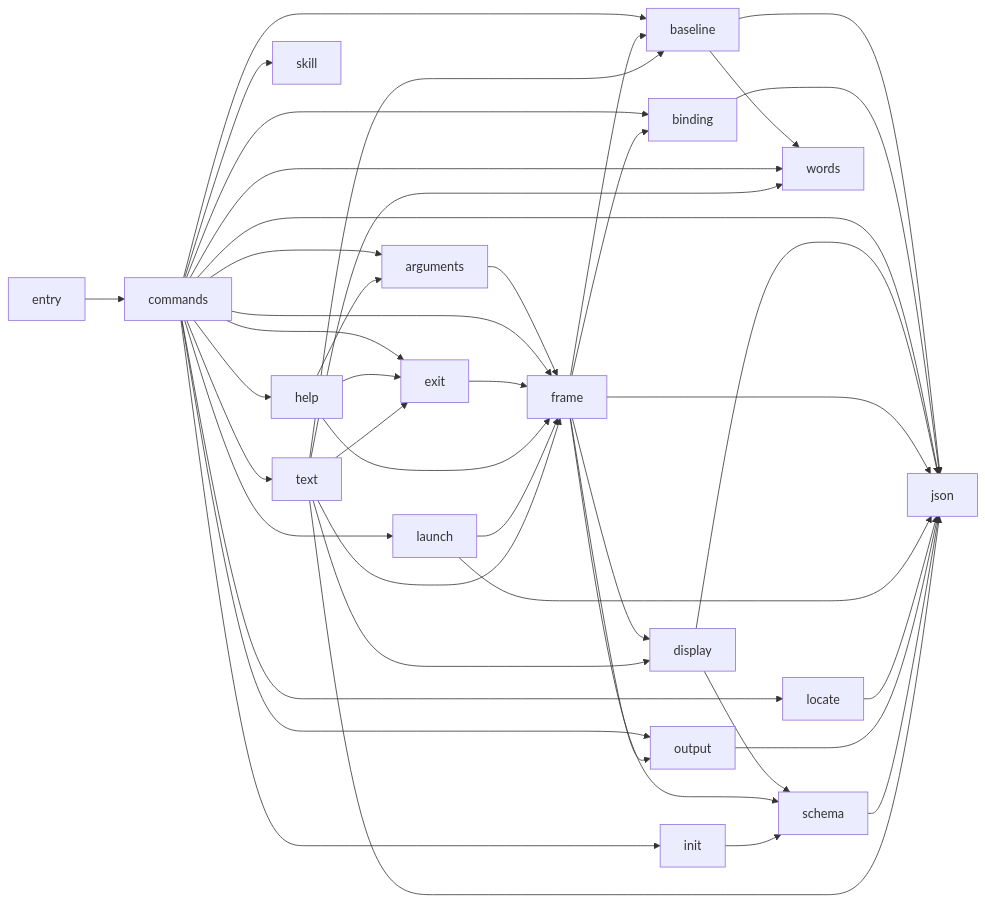
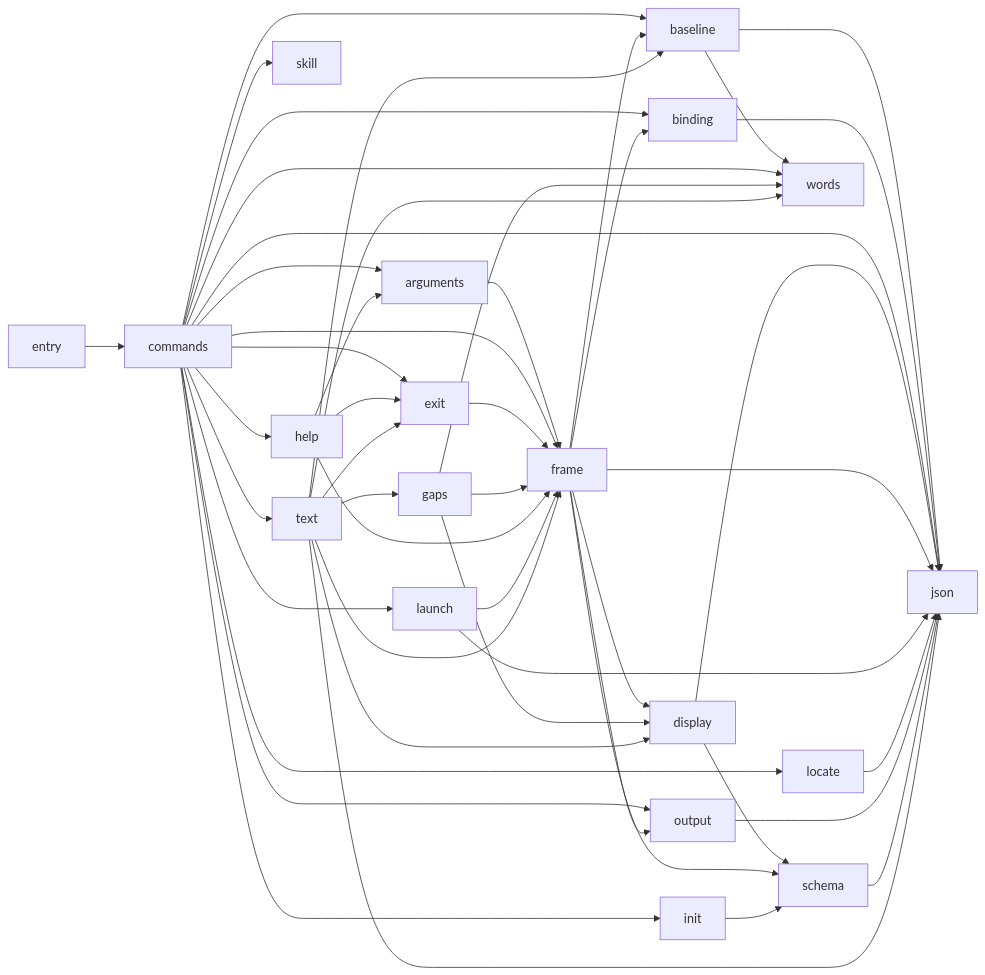
One commit to rapiddweller/archkeel changed the diagram in docs/architecture/shell.md. Above: the diagram before and after it, drawn with Mermaid. The commit also changed other lines of this file, not shown here.

Commit message:
Draw the gaps component in the shell component graph (#1615)

````diff
--- a/docs/architecture/shell.md
+++ b/docs/architecture/shell.md
@@ -54,64 +55,69 @@
 ```mermaid
 flowchart LR
     n_0["arguments"]
     n_1["baseline"]
     n_2["binding"]
     n_3["commands"]
     n_4["display"]
     n_5["entry"]
     n_6["exit"]
     n_7["frame"]
-    n_8["help"]
-    n_9["init"]
-    n_10["json"]
-    n_11["launch"]
-    n_12["locate"]
-    n_13["output"]
-    n_14["schema"]
-    n_15["skill"]
-    n_16["text"]
-    n_17["words"]
+    n_8["gaps"]
+    n_9["help"]
+    n_10["init"]
+    n_11["json"]
+    n_12["launch"]
+    n_13["locate"]
+    n_14["output"]
+    n_15["schema"]
+    n_16["skill"]
+    n_17["text"]
+    n_18["words"]
     n_0 --> n_7
-    n_1 --> n_10
-    n_1 --> n_17
-    n_2 --> n_10
+    n_1 --> n_11
+    n_1 --> n_18
+    n_2 --> n_11
     n_3 --> n_0
     n_3 --> n_1
     n_3 --> n_2
     n_3 --> n_6
     n_3 --> n_7
-    n_3 --> n_8
     n_3 --> n_9
     n_3 --> n_10
     n_3 --> n_11
     n_3 --> n_12
     n_3 --> n_13
-    n_3 --> n_15
+    n_3 --> n_14
     n_3 --> n_16
     n_3 --> n_17
-    n_4 --> n_10
-    n_4 --> n_14
+    n_3 --> n_18
+    n_4 --> n_11
+    n_4 --> n_15
     n_5 --> n_3
     n_6 --> n_7
     n_7 --> n_1
     n_7 --> n_2
     n_7 --> n_4
-    n_7 --> n_10
-    n_7 --> n_13
+    n_7 --> n_11
     n_7 --> n_14
-    n_8 --> n_0
-    n_8 --> n_6
+    n_7 --> n_15
+    n_8 --> n_4
     n_8 --> n_7
-    n_9 --> n_14
-    n_11 --> n_7
-    n_11 --> n_10
-    n_12 --> n_10
-    n_13 --> n_10
-    n_14 --> n_10
-    n_16 --> n_1
-    n_16 --> n_4
-    n_16 --> n_6
-    n_16 --> n_7
-    n_16 --> n_10
-    n_16 --> n_17
+    n_8 --> n_18
+    n_9 --> n_0
+    n_9 --> n_6
+    n_9 --> n_7
+    n_10 --> n_15
+    n_12 --> n_7
+    n_12 --> n_11
+    n_13 --> n_11
+    n_14 --> n_11
+    n_15 --> n_11
+    n_17 --> n_1
+    n_17 --> n_4
+    n_17 --> n_6
+    n_17 --> n_7
+    n_17 --> n_8
+    n_17 --> n_11
+    n_17 --> n_18
 ```
````
